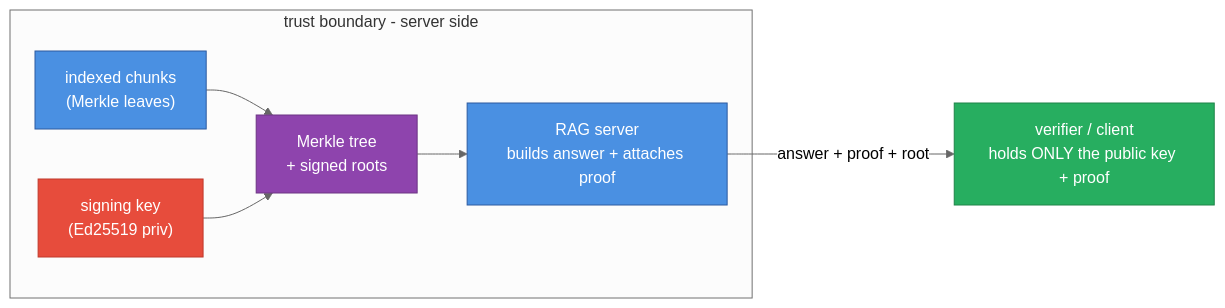
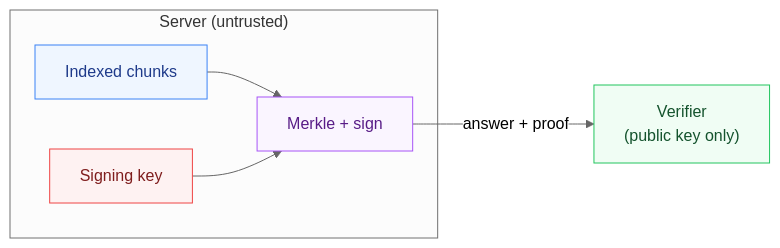
The first of 2 diagrams in README.md (parag-labs/ledger-rag), drawn with Mermaid (neutral theme) before and after one commit. The commit also changed other lines of this file, not shown here.

Commit message:
Simplify the README diagram: short labels, softer palette

````diff
--- a/README.md
+++ b/README.md
@@ -34,18 +33,16 @@
 ```mermaid
 flowchart LR
-  classDef proc fill:#4a90e2,stroke:#2c5aa0,color:#fff
-  classDef good fill:#27ae60,stroke:#1e8449,color:#fff
-  classDef bad fill:#e74c3c,stroke:#c0392b,color:#fff
-  classDef work fill:#8e44ad,stroke:#6c3483,color:#fff
-  subgraph SRV["trust boundary - server side"]
-    CH["indexed chunks<br/>(Merkle leaves)"]:::proc
-    MT["Merkle tree<br/>+ signed roots"]:::work
-    KEY["signing key<br/>(Ed25519 priv)"]:::bad
-    RS["RAG server<br/>builds answer + attaches proof"]:::proc
+  classDef proc fill:#eff6ff,stroke:#3b82f6,color:#1e3a8a
+  classDef good fill:#f0fdf4,stroke:#22c55e,color:#14532d
+  classDef bad fill:#fef2f2,stroke:#ef4444,color:#7f1d1d
+  classDef work fill:#faf5ff,stroke:#a855f7,color:#581c87
+  subgraph SRV["Server (untrusted)"]
+    CH["Indexed chunks"]:::proc
+    MT["Merkle + sign"]:::work
+    KEY["Signing key"]:::bad
     CH --> MT
     KEY --> MT
-    MT --> RS
   end
-  VER["verifier / client<br/>holds ONLY the public key + proof"]:::good
-  RS -->|answer + proof + root| VER
+  VER["Verifier<br/>(public key only)"]:::good
+  MT -->|answer + proof| VER
 ```
````
